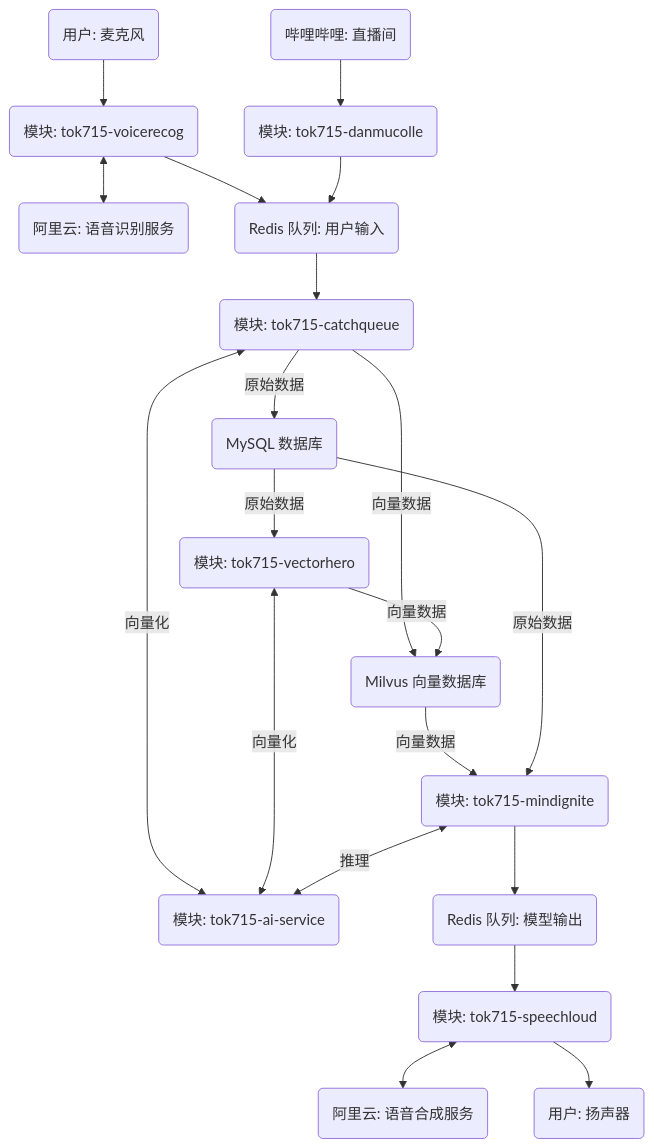
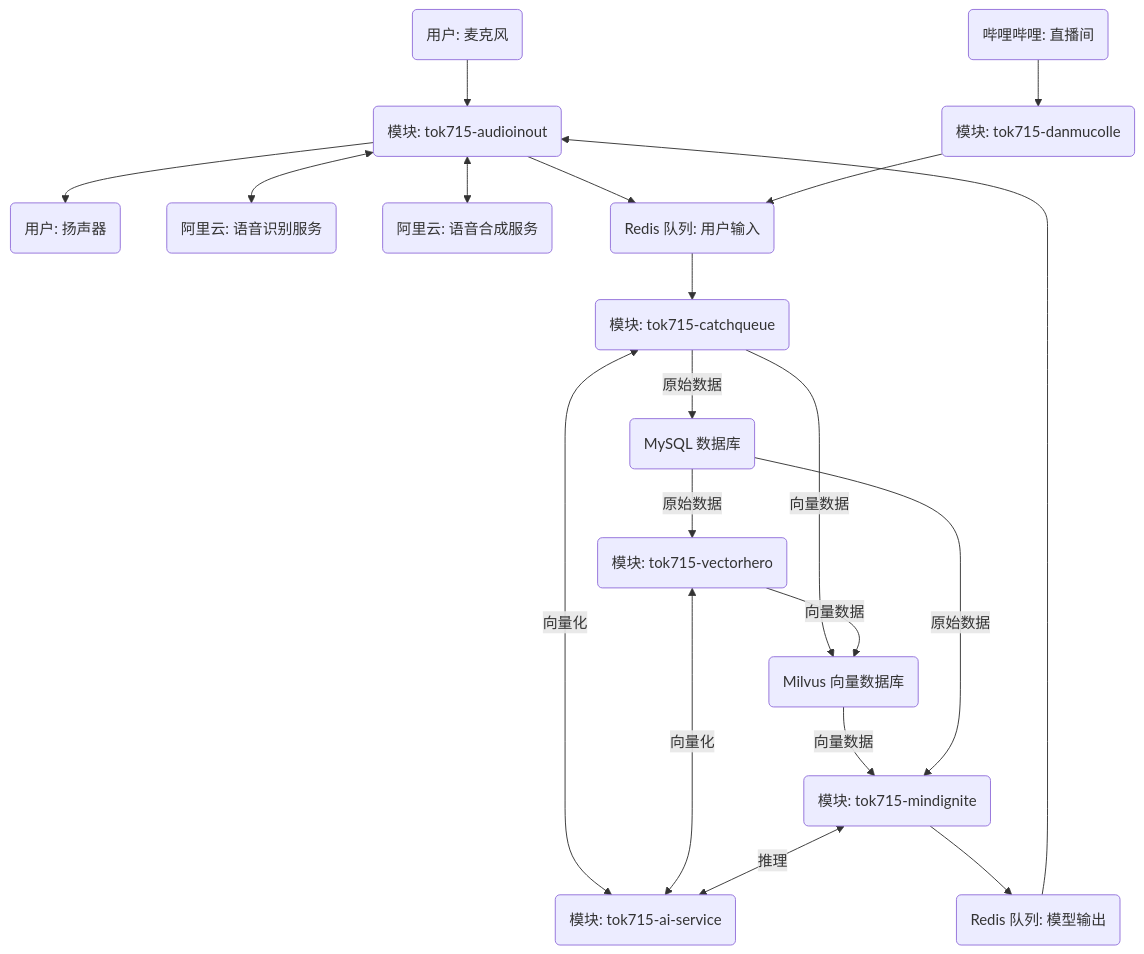
The diagram in README.md (tok715/tok715), drawn with Mermaid before and after one commit. The commit also changed other lines of this file, not shown here.

````diff
--- a/README.md
+++ b/README.md
@@ -7,34 +7,33 @@
 ```mermaid
 flowchart TB
     node_mic(用户: 麦克风)
     node_speaker(用户: 扬声器)
-    node_voicerecog_main("模块: tok715-voicerecog")
-    node_speechloud_main("模块: tok715-speechloud")
+    node_audioinout_main("模块: tok715-audioinout")
     node_catchqueue_main("模块: tok715-catchqueue")
     node_vectorhero_main("模块: tok715-vectorhero")
     node_ai_service_main("模块: tok715-ai-service")
     node_mindignite_main("模块: tok715-mindignite")
     node_danmucolle_main("模块: tok715-danmucolle")
     node_aliyun_nls(阿里云: 语音识别服务)
     node_aliyun_tts(阿里云: 语音合成服务)
     node_bilibili_stream(哔哩哔哩: 直播间)
     node_redis_queue_input(Redis 队列: 用户输入)
     node_redis_queue_output(Redis 队列: 模型输出)
     node_mysql_messages(MySQL 数据库)
     node_milvus_messages(Milvus 向量数据库)
-    node_mic --> node_voicerecog_main <--> node_aliyun_nls
-    node_voicerecog_main --> node_redis_queue_input
+    node_mic --> node_audioinout_main <--> node_aliyun_nls
+    node_audioinout_main --> node_redis_queue_input
     node_redis_queue_input --> node_catchqueue_main -- 原始数据 --> node_mysql_messages
     node_catchqueue_main <-- 向量化 --> node_ai_service_main
     node_catchqueue_main -- 向量数据 --> node_milvus_messages
     node_mysql_messages -- 原始数据 --> node_vectorhero_main
     node_vectorhero_main <-- 向量化 --> node_ai_service_main
     node_vectorhero_main -- 向量数据 --> node_milvus_messages
     node_milvus_messages -- 向量数据 --> node_mindignite_main
     node_mysql_messages -- 原始数据 --> node_mindignite_main
     node_mindignite_main <-- 推理 --> node_ai_service_main
-    node_mindignite_main --> node_redis_queue_output --> node_speechloud_main
-    node_speechloud_main <--> node_aliyun_tts
-    node_speechloud_main --> node_speaker
+    node_mindignite_main --> node_redis_queue_output --> node_audioinout_main
+    node_audioinout_main <--> node_aliyun_tts
+    node_audioinout_main --> node_speaker
     node_bilibili_stream --> node_danmucolle_main --> node_redis_queue_input
 ```
````
